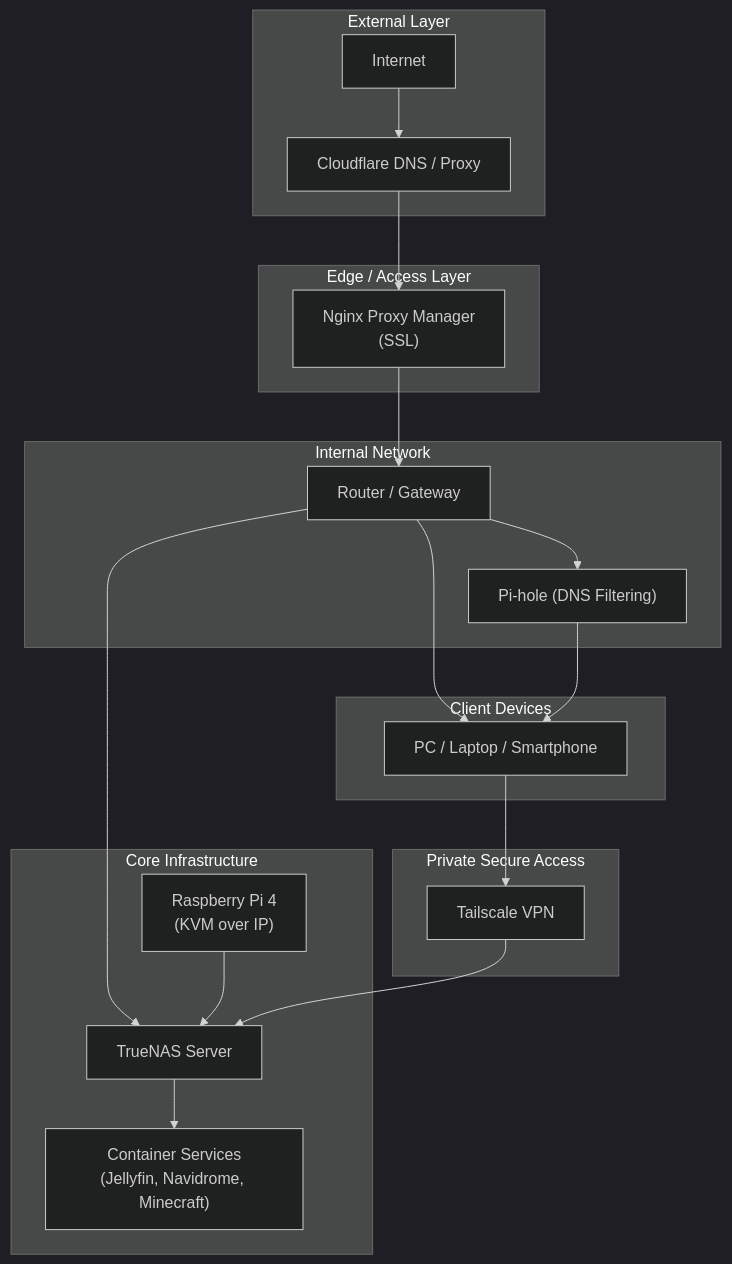
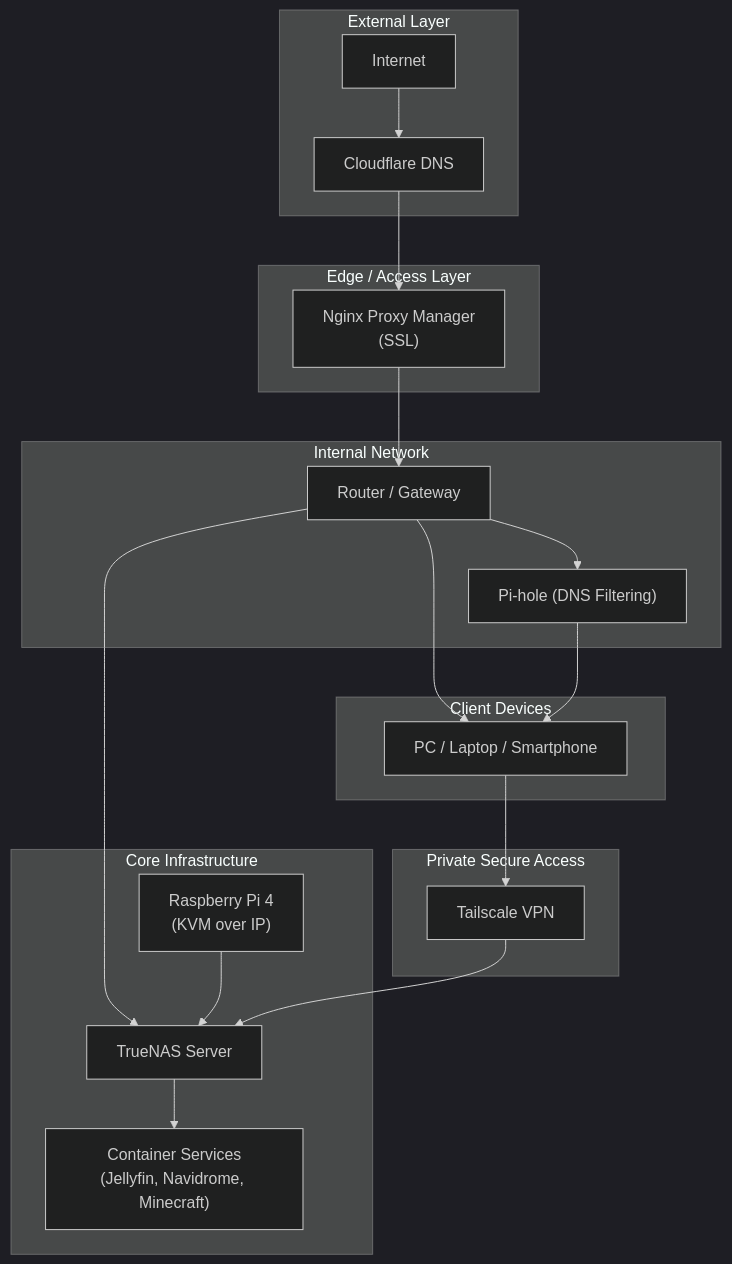
One commit to seegerd89/Homelab changed the diagram in ntdiagram.md. Above: the diagram before and after it, drawn with Mermaid (dark theme).

````diff
--- a/ntdiagram.md
+++ b/ntdiagram.md
@@ -2,52 +2,52 @@
 ```mermaid
 flowchart TB
 
 %% ========== EXTERNAL ==========
 subgraph External["External Layer"]
     Internet["Internet"]
-    Cloudflare["Cloudflare DNS / Proxy"]
+    Cloudflare["Cloudflare DNS"]
 end
 
 %% ========== EDGE ==========
 subgraph Edge["Edge / Access Layer"]
     NPM["Nginx Proxy Manager\n(SSL)"]
 end
 
 %% ========== NETWORK ==========
 subgraph Network["Internal Network"]
     Router["Router / Gateway"]
     PiHole["Pi-hole (DNS Filtering)"]
 end
 
 %% ========== INFRA ==========
 subgraph Infrastructure["Core Infrastructure"]
     TrueNAS["TrueNAS Server"]
     Containers["Container Services\n(Jellyfin, Navidrome, Minecraft)"]
     KVM["Raspberry Pi 4\n(KVM over IP)"]
 end
 
 %% ========== CLIENTS ==========
 subgraph Clients["Client Devices"]
     Devices["PC / Laptop / Smartphone"]
 end
 
 %% ========== PRIVATE ACCESS ==========
 subgraph PrivateAccess["Private Secure Access"]
     Tailscale["Tailscale VPN"]
 end
 
 %% ========== CONNECTIONS ==========
 
 Internet --> Cloudflare --> NPM --> Router
 
 Router --> TrueNAS
 Router --> PiHole
 Router --> Devices
 
 PiHole --> Devices
 
 TrueNAS --> Containers
 KVM --> TrueNAS
 
 Devices --> Tailscale --> TrueNAS
 ```
````
